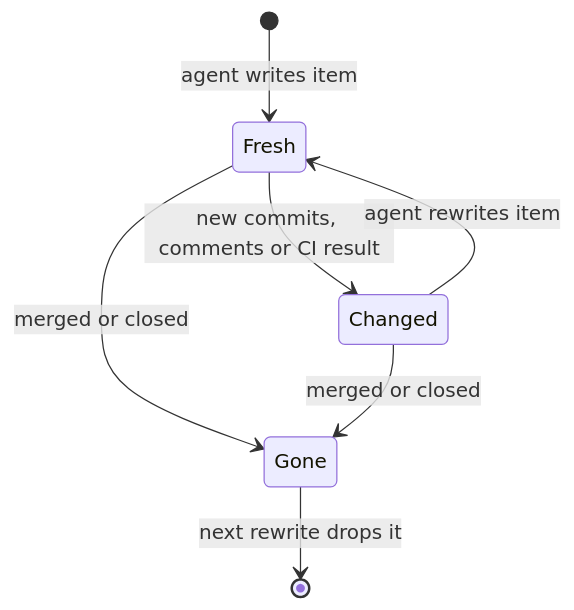
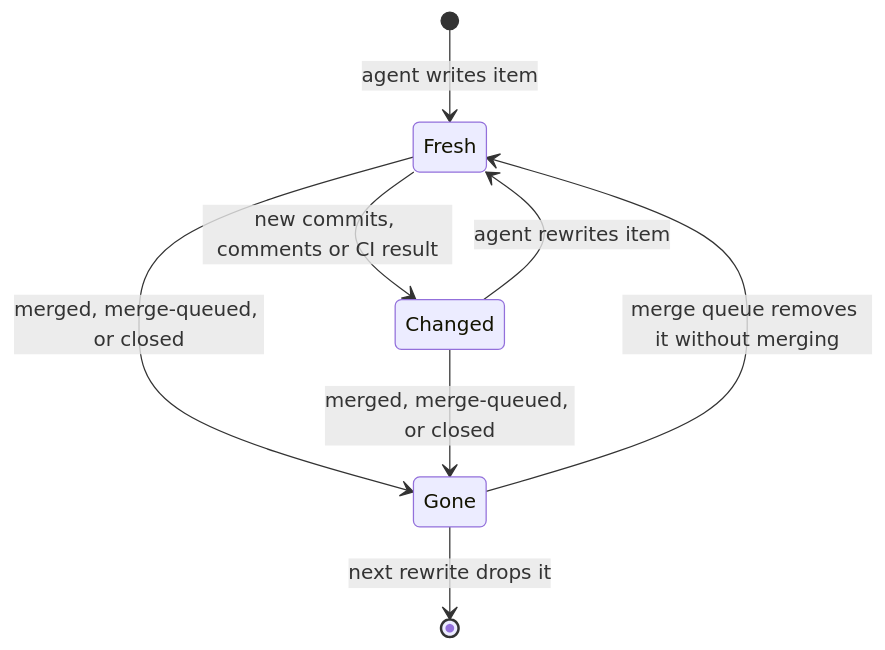
One commit to kenn-io/forge changed the first of 3 diagrams in context/worklists.md. Above: the diagram before and after it, drawn with Mermaid. The commit also changed other lines of this file, not shown here.

Commit message:
docs(context): record that merge-queued pull requests leave worklists
The maintainer decided that a pull request in its merge queue counts
as merged on a worklist until the queue removes it without merging.
Future agents need this rule so they do not show queued pull requests
as open work, or keep an ejected one hidden.

Generated with Claude Code (claude-opus-5-5)

````diff
--- a/context/worklists.md
+++ b/context/worklists.md
@@ -42,9 +44,10 @@
 ```mermaid
 stateDiagram-v2
   [*] --> Fresh: agent writes item
   Fresh --> Changed: new commits, comments or CI result
   Changed --> Fresh: agent rewrites item
-  Fresh --> Gone: merged or closed
-  Changed --> Gone: merged or closed
+  Fresh --> Gone: merged, merge-queued, or closed
+  Changed --> Gone: merged, merge-queued, or closed
+  Gone --> Fresh: merge queue removes it without merging
   Gone --> [*]: next rewrite drops it
 ```
````
